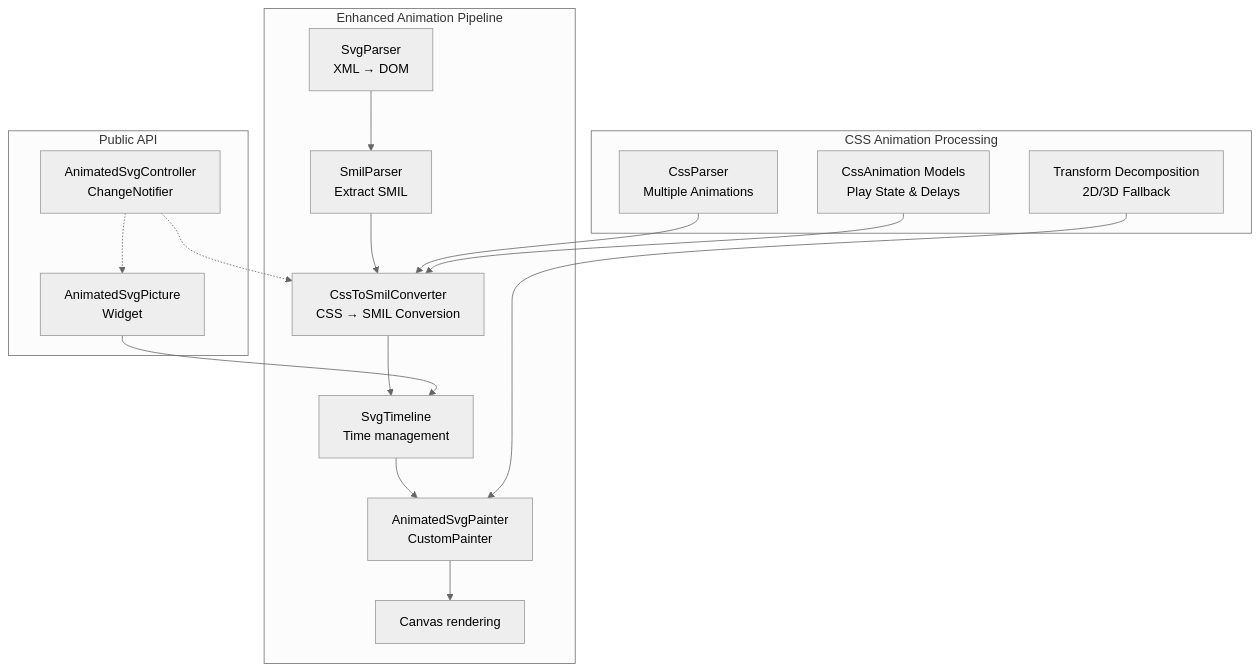
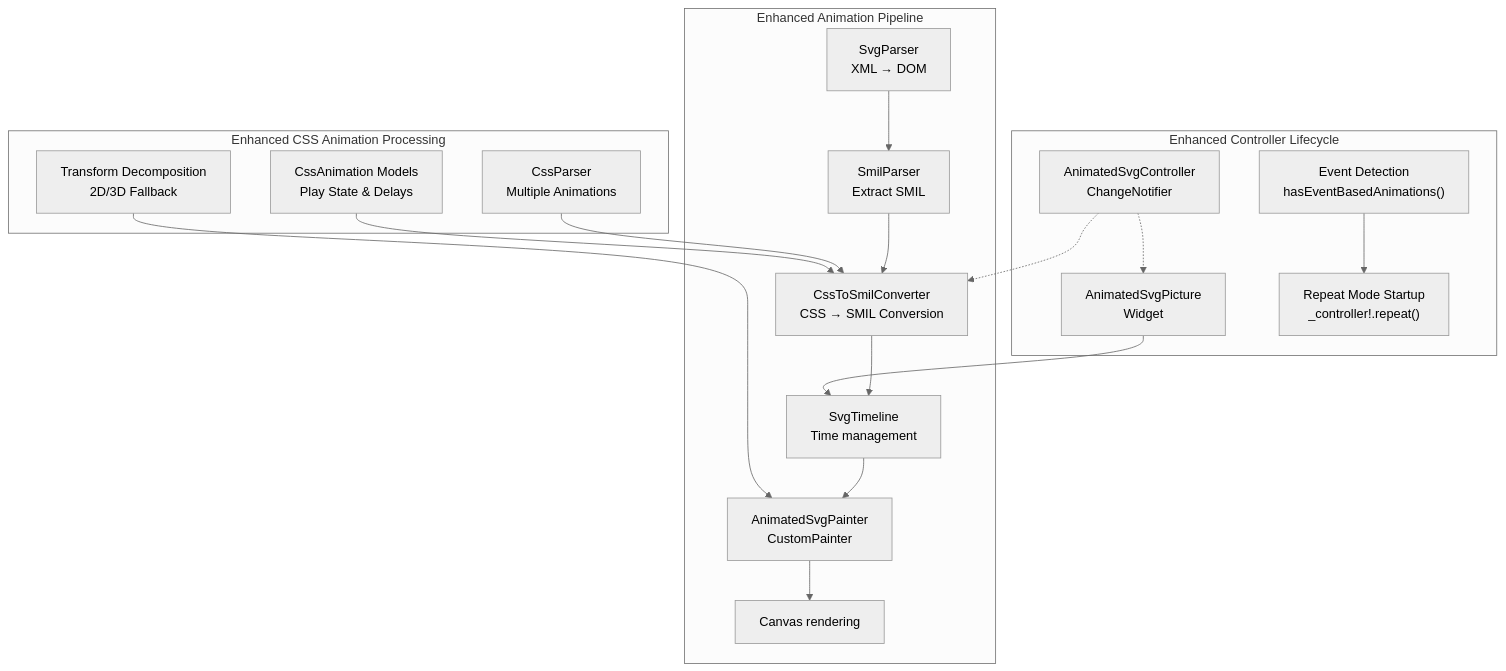
The first of 3 diagrams in .qoder/repowiki/en/content/Animated SVG Support/Animation Control and Playback.md (denisnadey/flutter_full_svg_support), drawn with Mermaid (neutral theme) before and after one commit. The commit also changed other lines of this file and 2 other files, not shown here.

First line of the commit message:
feat(animation): enhance event-driven animation detection and controller lifecycle

````diff
--- a/.qoder/repowiki/en/content/Animated SVG Support/Animation Control and Playback.md
+++ b/.qoder/repowiki/en/content/Animated SVG Support/Animation Control and Playback.md
@@ -57,25 +66,28 @@
 ```mermaid
 graph TB
 subgraph "Enhanced Animation Pipeline"
 A["SvgParser<br/>XML → DOM"] --> B["SmilParser<br/>Extract SMIL"]
 B --> C["CssToSmilConverter<br/>CSS → SMIL Conversion"]
 C --> D["SvgTimeline<br/>Time management"]
 D --> E["AnimatedSvgPainter<br/>CustomPainter"]
 E --> F["Canvas rendering"]
 end
-subgraph "CSS Animation Processing"
+subgraph "Enhanced CSS Animation Processing"
 G["CssParser<br/>Multiple Animations"]
 H["CssAnimation Models<br/>Play State & Delays"]
 I["Transform Decomposition<br/>2D/3D Fallback"]
 end
-subgraph "Public API"
+subgraph "Enhanced Controller Lifecycle"
 J["AnimatedSvgPicture<br/>Widget"]
 K["AnimatedSvgController<br/>ChangeNotifier"]
+L["Event Detection<br/>hasEventBasedAnimations()"]
+M["Repeat Mode Startup<br/>_controller!.repeat()"]
 end
 G --> C
 H --> C
 I --> E
 J --> D
 K -.-> C
 K -.-> J
+L --> M
 ```
````
